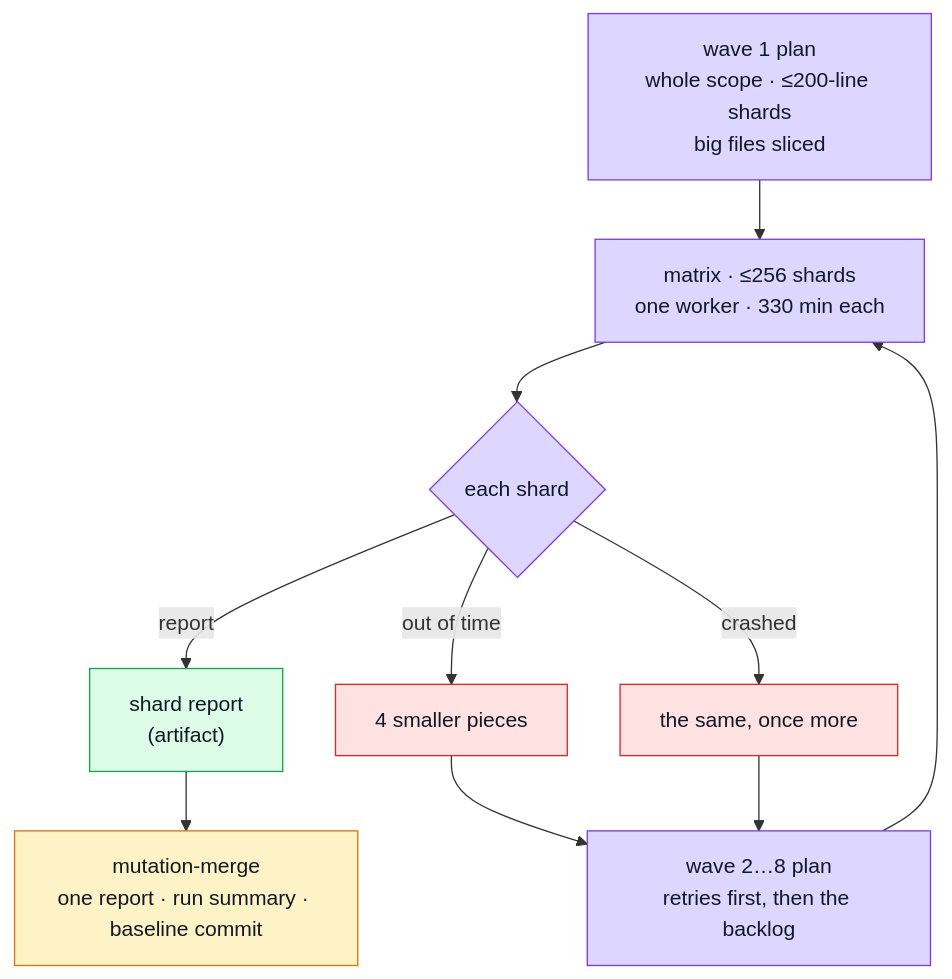
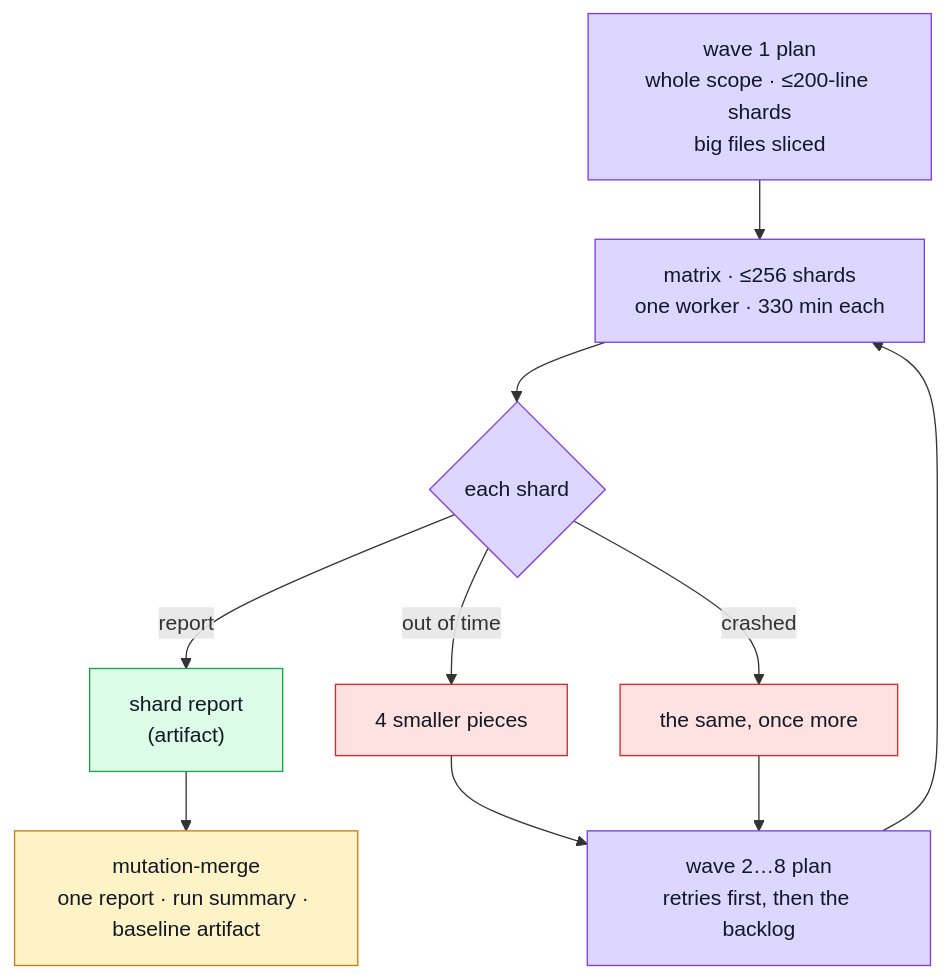
Before and after one commit to Guebbit/boilerplate-node-backend: the eighth of 9 diagrams in docs/tools/mutation-testing.md, drawn with Mermaid. The commit also changed other lines of this file and 12 other files, not shown here.

First line of the commit message:
ci(mutation): run the sweep read-only, handing the new baseline over as an artifact

````diff
--- a/docs/tools/mutation-testing.md
+++ b/docs/tools/mutation-testing.md
@@ -1287,22 +1291,22 @@
 ```mermaid
 %%{init: {'flowchart': {'nodeSpacing': 40, 'rankSpacing': 45}}}%%
 flowchart TB
     Plan1["wave 1 plan\nwhole scope · ≤200-line shards\nbig files sliced"] --> Matrix["matrix · ≤256 shards\none worker · 330 min each"]
     Matrix --> Ended{"each shard"}
     Ended -->|report| Report["shard report\n(artifact)"]
     Ended -->|out of time| Split["4 smaller pieces"]
     Ended -->|crashed| Again["the same, once more"]
     Split --> PlanN["wave 2…8 plan\nretries first, then the backlog"]
     Again --> PlanN
     PlanN --> Matrix
-    Report --> Merge["mutation-merge\none report · run summary · baseline commit"]
+    Report --> Merge["mutation-merge\none report · run summary · baseline artifact"]
 
     classDef proc fill:#ddd6fe,stroke:#7c3aed,color:#111827;
     classDef good fill:#dcfce7,stroke:#16a34a,color:#111827;
     classDef bad fill:#fee2e2,stroke:#dc2626,color:#111827;
     classDef out fill:#fef3c7,stroke:#d97706,color:#111827;
     class Plan1,Matrix,Ended,PlanN proc;
     class Report good;
     class Split,Again bad;
     class Merge out;
 ```
````
